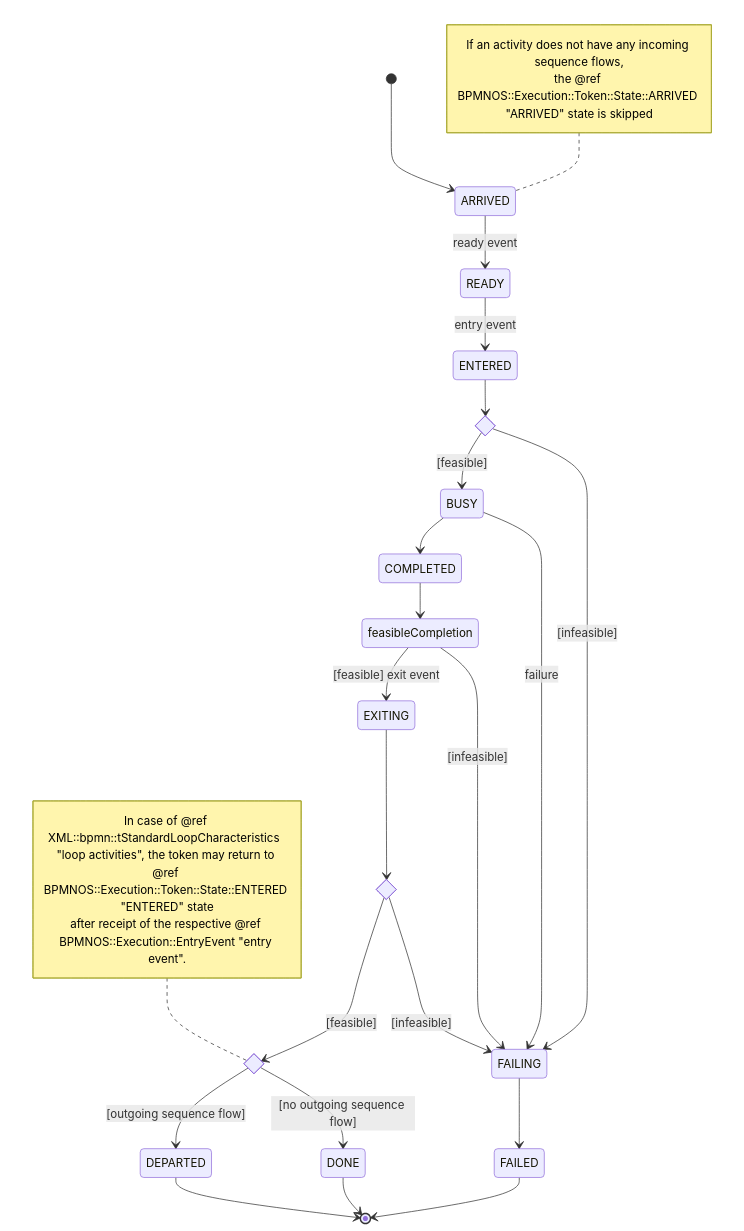
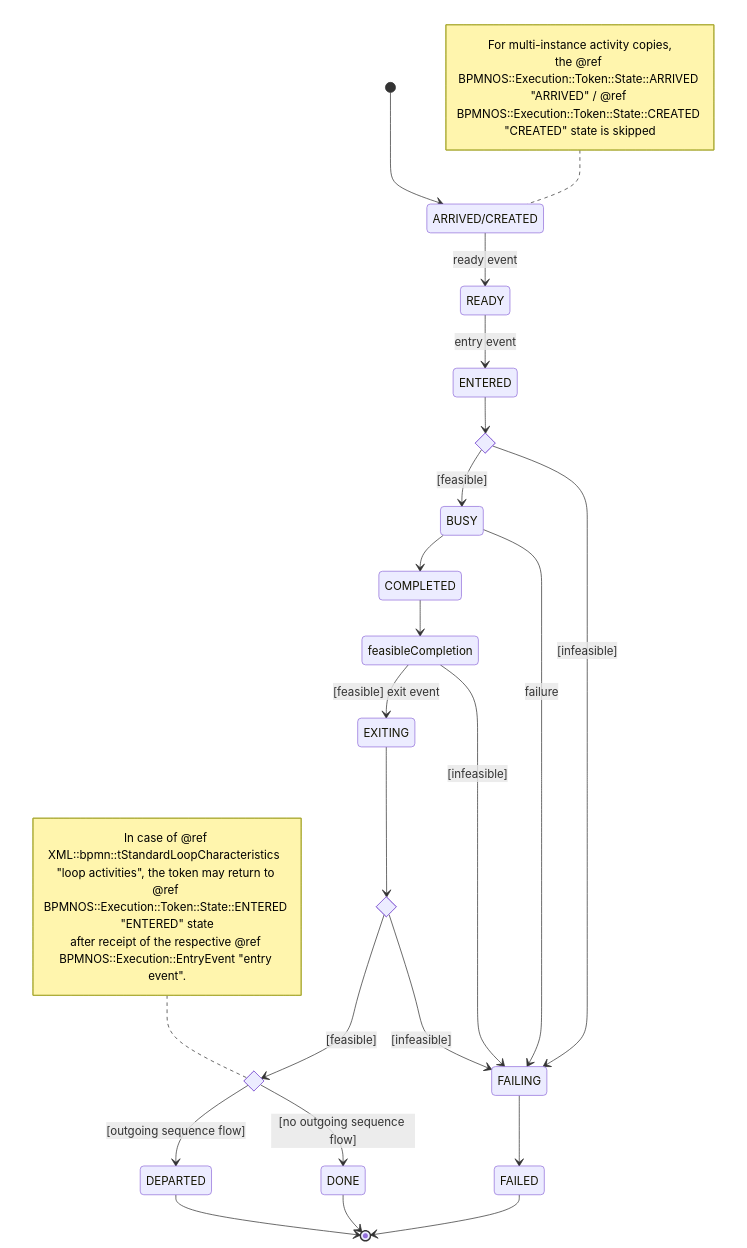
Before and after one commit to bpmn-os/bpmnos-engine: the diagram in docs/md/logic/token_flow_logic_subprocesses.md, drawn with Mermaid. The commit also changed other lines of this file and 4 other files, not shown here.

```diff
--- a/docs/md/logic/token_flow_logic_subprocesses.md
+++ b/docs/md/logic/token_flow_logic_subprocesses.md
@@ -13,34 +13,34 @@
 <pre class="mermaid">
 stateDiagram-v2
     state feasibleEntry <<choice>>
     state feasibleExit <<choice>>
     state departure <<choice>>
-    [*] --> ARRIVED
-    note left of ARRIVED
-      If an activity does not have any incoming sequence flows,
-      the @ref BPMNOS::Execution::Token::State::ARRIVED "ARRIVED" state is skipped
+    [*] --> ARRIVED/CREATED
+    note left of ARRIVED/CREATED
+      For multi-instance activity copies,
+      the @ref BPMNOS::Execution::Token::State::ARRIVED "ARRIVED" / @ref BPMNOS::Execution::Token::State::CREATED "CREATED" state is skipped
     end note
-    ARRIVED --> READY: ready event
+    ARRIVED/CREATED --> READY: ready event
     READY --> ENTERED: entry event
     ENTERED --> feasibleEntry
     feasibleEntry --> BUSY: [feasible]
     feasibleEntry --> FAILING: [infeasible]
     BUSY --> COMPLETED
     BUSY --> FAILING: failure
     COMPLETED --> feasibleCompletion
     feasibleCompletion --> EXITING: [feasible] exit event
     feasibleCompletion --> FAILING: [infeasible]
     EXITING --> feasibleExit
     feasibleExit --> departure: [feasible]
     note left of departure
       In case of @ref XML::bpmn::tStandardLoopCharacteristics  "loop activities", the token may return to @ref BPMNOS::Execution::Token::State::ENTERED "ENTERED" state
       after receipt of the respective @ref BPMNOS::Execution::EntryEvent "entry event".
     end note
     feasibleExit --> FAILING: [infeasible]
     departure --> DEPARTED: [outgoing sequence flow]
     departure --> DONE: [no outgoing sequence flow]
     DEPARTED --> [*]
     DONE --> [*]
     FAILING --> FAILED
     FAILED --> [*]
 </pre>
```
